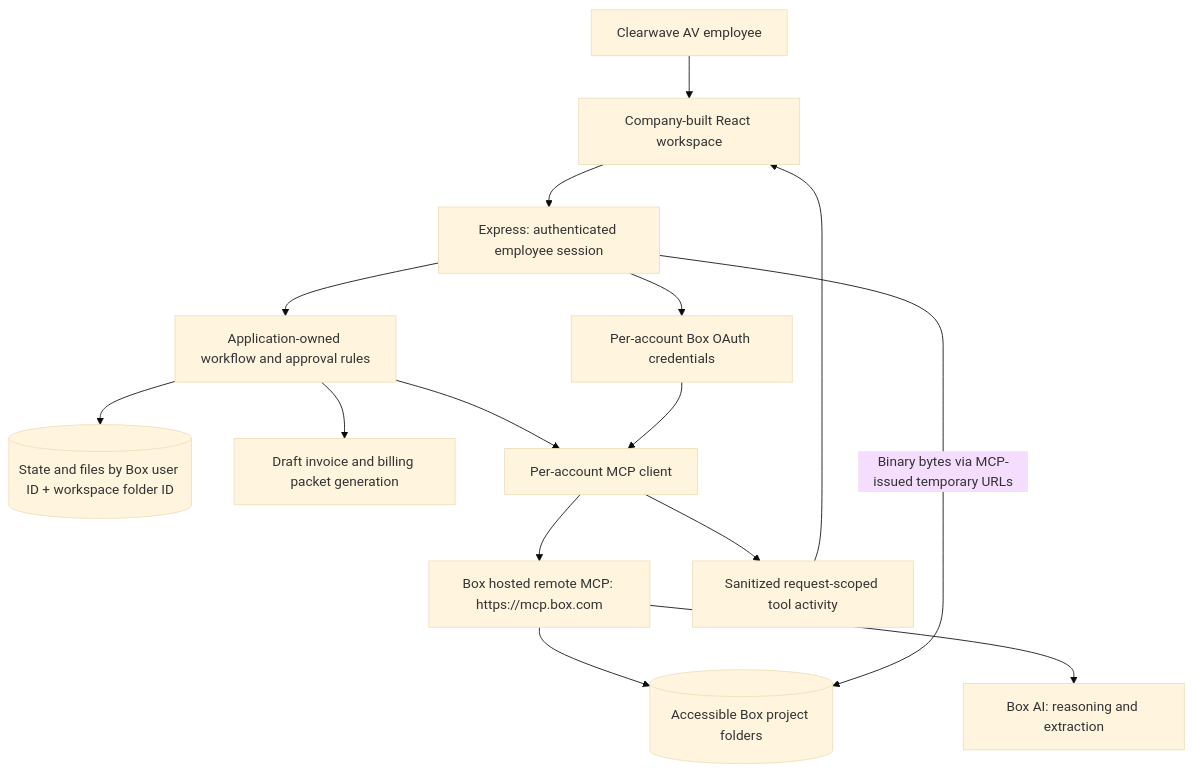
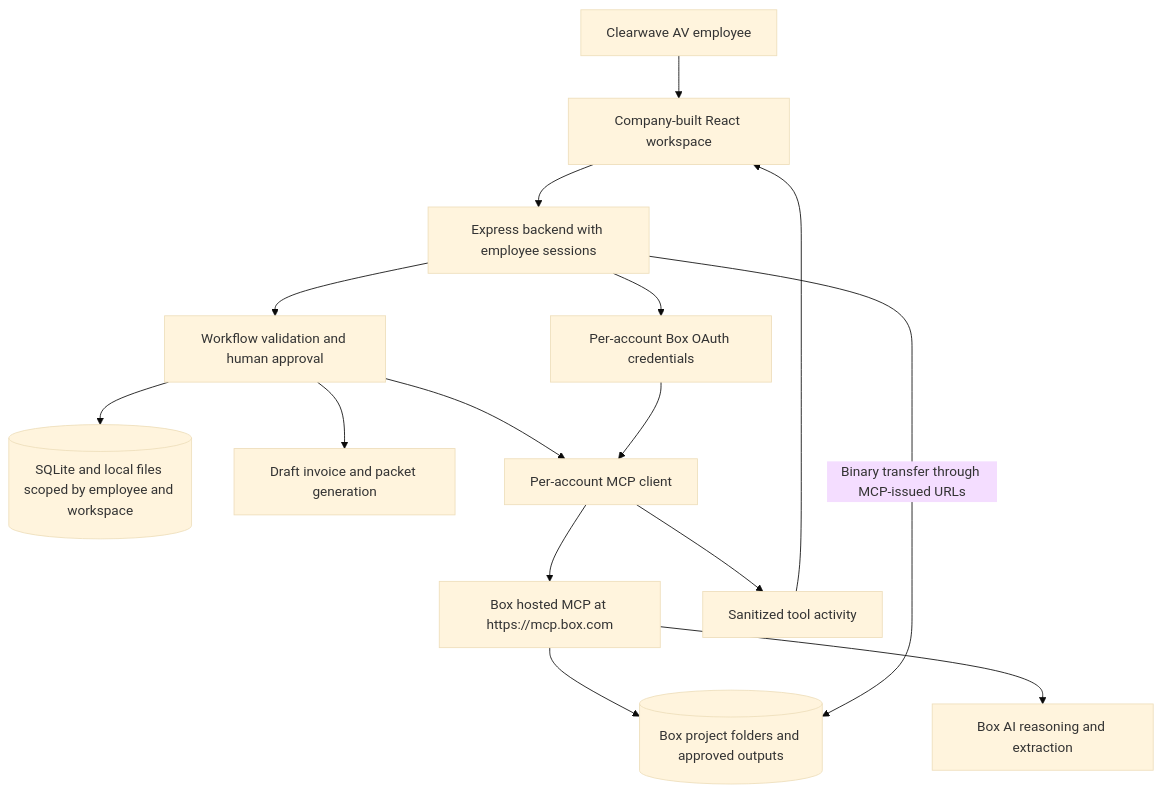
The first of 2 diagrams in README.md (box-community/billready-box-mcp-demo), drawn with Mermaid (base theme) before and after one commit. The commit also changed other lines of this file and 14 other files, not shown here.

Commit message:
Fix Mermaid diagrams and refresh BillReady documentation

````diff
--- a/README.md
+++ b/README.md
@@ -29,17 +31,17 @@
 ```mermaid
 flowchart TB
-    Employee[Clearwave AV employee] --> UI[Company-built React workspace]
-    UI --> API[Express: authenticated employee session]
-    API --> Rules[Application-owned workflow and approval rules]
-    API --> Auth[Per-account Box OAuth credentials]
-    Rules --> State[(State and files by Box user ID + workspace folder ID)]
-    Rules --> PDF[Draft invoice and billing packet generation]
-    Rules --> MCP[Per-account MCP client]
+    Employee["Clearwave AV employee"] --> UI["Company-built React workspace"]
+    UI --> API["Express backend with employee sessions"]
+    API --> Auth["Per-account Box OAuth credentials"]
+    API --> Rules["Workflow validation and human approval"]
+    Rules --> State[("SQLite and local files scoped by employee and workspace")]
+    Rules --> PDF["Draft invoice and packet generation"]
+    Rules --> MCP["Per-account MCP client"]
     Auth --> MCP
-    MCP --> Hosted[Box hosted remote MCP: https://mcp.box.com]
-    Hosted --> Content[(Accessible Box project folders)]
-    Hosted --> AI[Box AI: reasoning and extraction]
-    API -->|Binary bytes via MCP-issued temporary URLs| Content
-    MCP --> Events[Sanitized request-scoped tool activity]
+    MCP --> Hosted["Box hosted MCP at https://mcp.box.com"]
+    Hosted --> ContentStore[("Box project folders and approved outputs")]
+    Hosted --> AI["Box AI reasoning and extraction"]
+    API -->|"Binary transfer through MCP-issued URLs"| ContentStore
+    MCP --> Events["Sanitized tool activity"]
     Events --> UI
 ```
````
